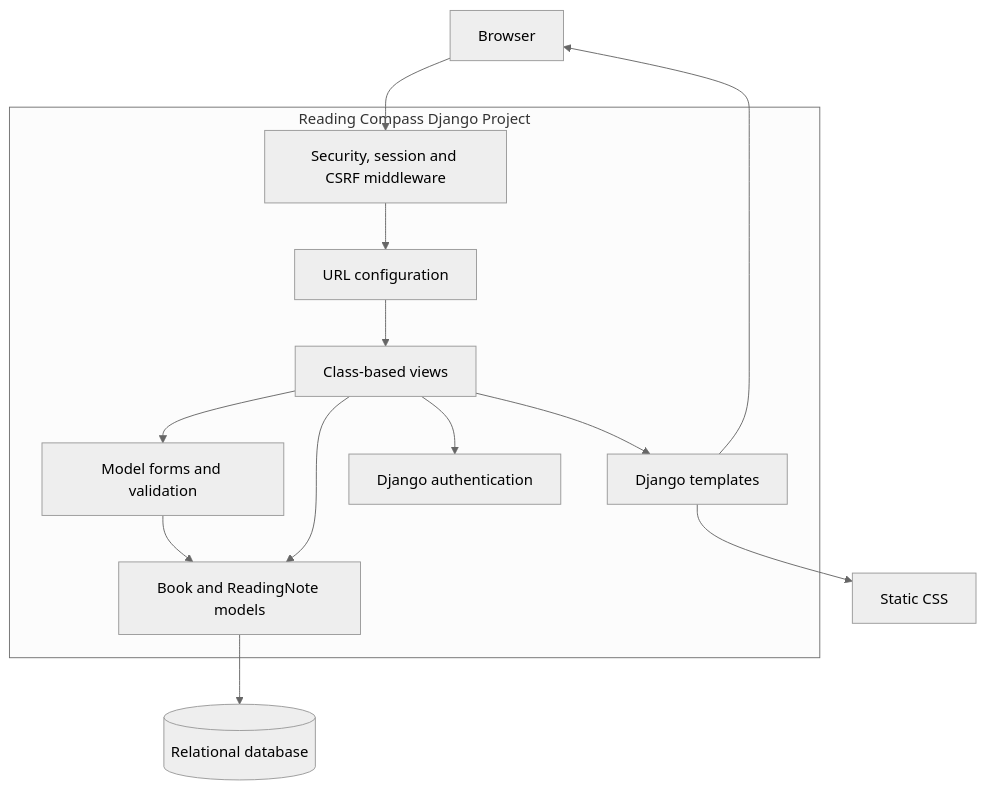
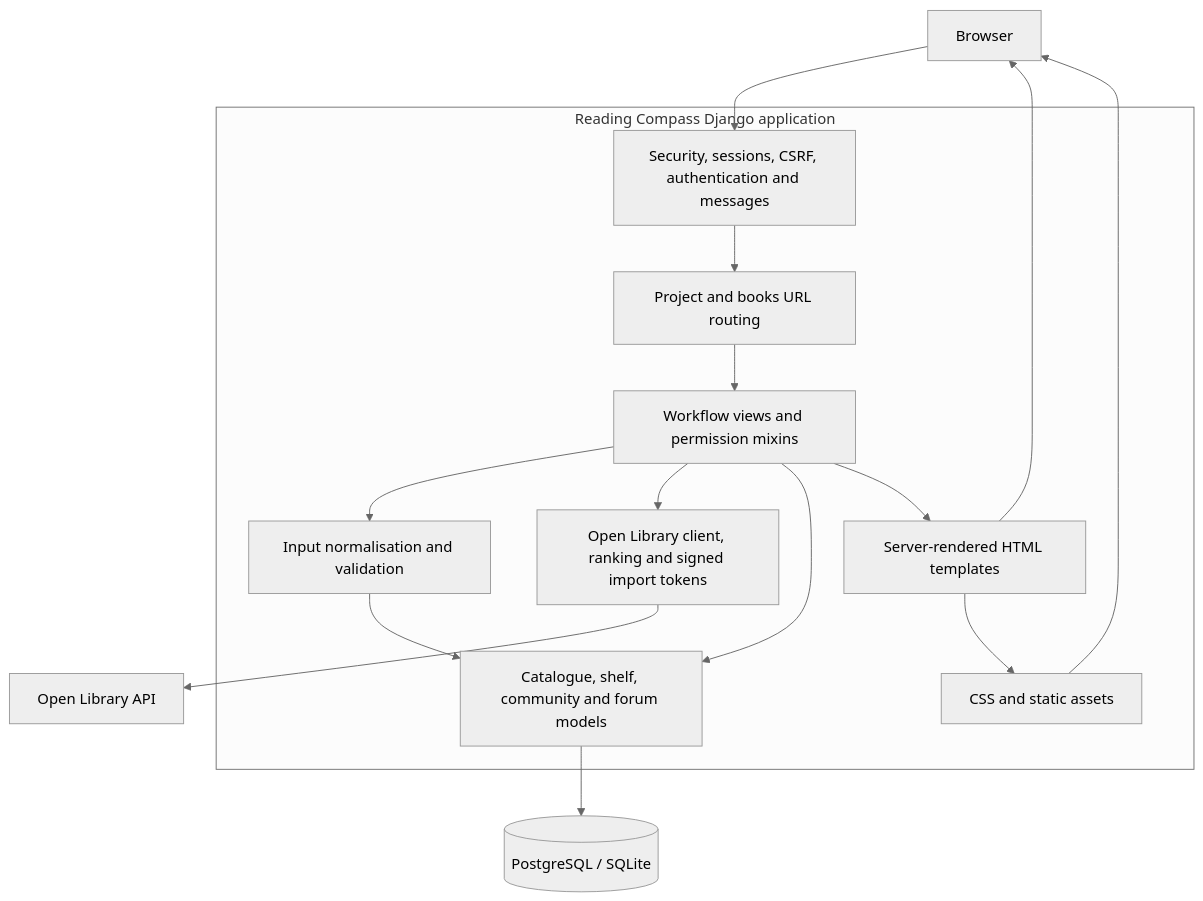
Before and after one commit to unvde/CP3407-Assessment: the second of 5 diagrams in docs/design/architecture.md, drawn with Mermaid (neutral theme). The commit also changed other lines of this file and 7 other files, not shown here.

First line of the commit message:
Align current design evidence, import validation and visual system

````diff
--- a/docs/design/architecture.md
+++ b/docs/design/architecture.md
@@ -31,29 +40,32 @@
 ```mermaid
 flowchart TB
-    Browser[Browser]
+    Browser["Browser"]
 
-    subgraph Django[Reading Compass Django Project]
-        URLs[URL configuration]
-        Views[Class-based views]
-        Forms[Model forms and validation]
-        Models[Book and ReadingNote models]
-        Templates[Django templates]
-        Auth[Django authentication]
-        Middleware[Security, session and CSRF middleware]
+    subgraph Django["Reading Compass Django application"]
+        Middleware["Security, sessions, CSRF, authentication and messages"]
+        URLs["Project and books URL routing"]
+        Views["Workflow views and permission mixins"]
+        Forms["Input normalisation and validation"]
+        Services["Open Library client, ranking and signed import tokens"]
+        Models["Catalogue, shelf, community and forum models"]
+        Templates["Server-rendered HTML templates"]
+        StaticFiles["CSS and static assets"]
     end
 
-    Database[(Relational database)]
-    CSS[Static CSS]
+    Database[("PostgreSQL / SQLite")]
+    OpenLibrary["Open Library API"]
 
     Browser --> Middleware
     Middleware --> URLs
     URLs --> Views
-    Views --> Auth
     Views --> Forms
+    Views --> Services
+    Views --> Models
     Forms --> Models
-    Views --> Models
     Models --> Database
+    Services --> OpenLibrary
     Views --> Templates
     Templates --> Browser
-    Templates --> CSS
+    Templates --> StaticFiles
+    StaticFiles --> Browser
 ```
````
